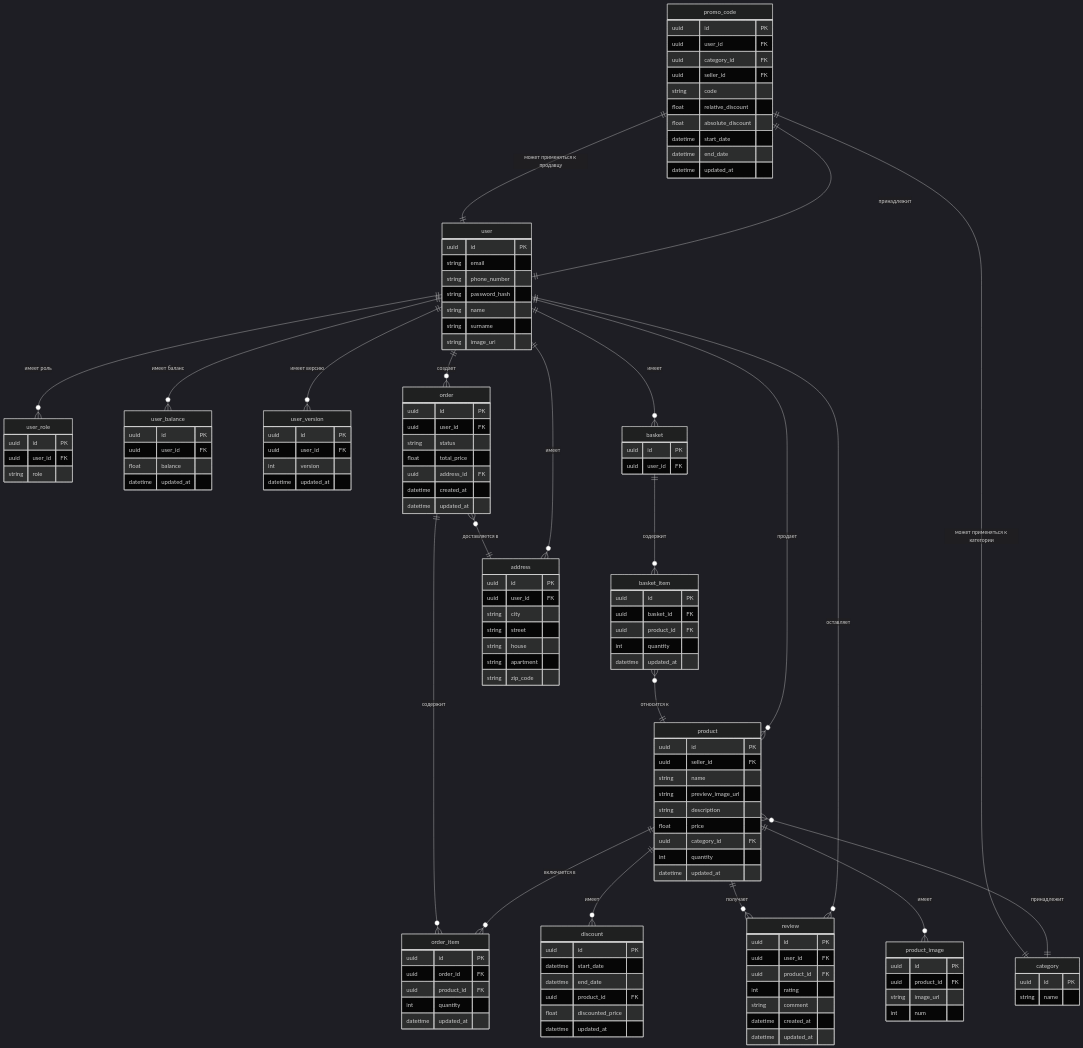
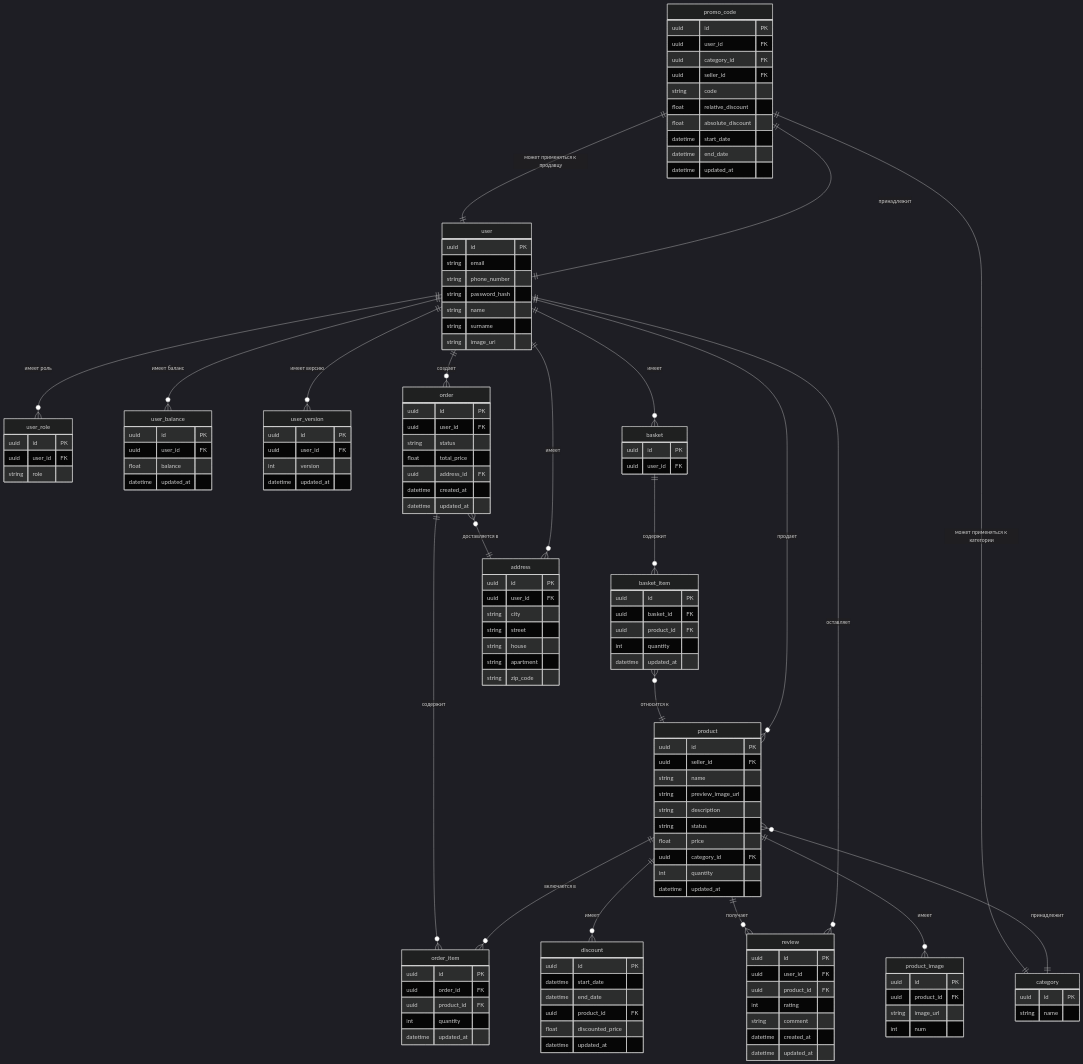
Before and after one commit to go-park-mail-ru/2025_1_ChillGuys: the diagram in db/normalized/relations.md, drawn with Mermaid (dark theme). The commit also changed other lines of this file, not shown here.

Commit message:
add product status

```diff
--- a/db/normalized/relations.md
+++ b/db/normalized/relations.md
@@ -169,6 +170,7 @@
         string name
         string preview_image_url
         string description
+        string status
         float price
         uuid category_id FK
         int quantity
```
